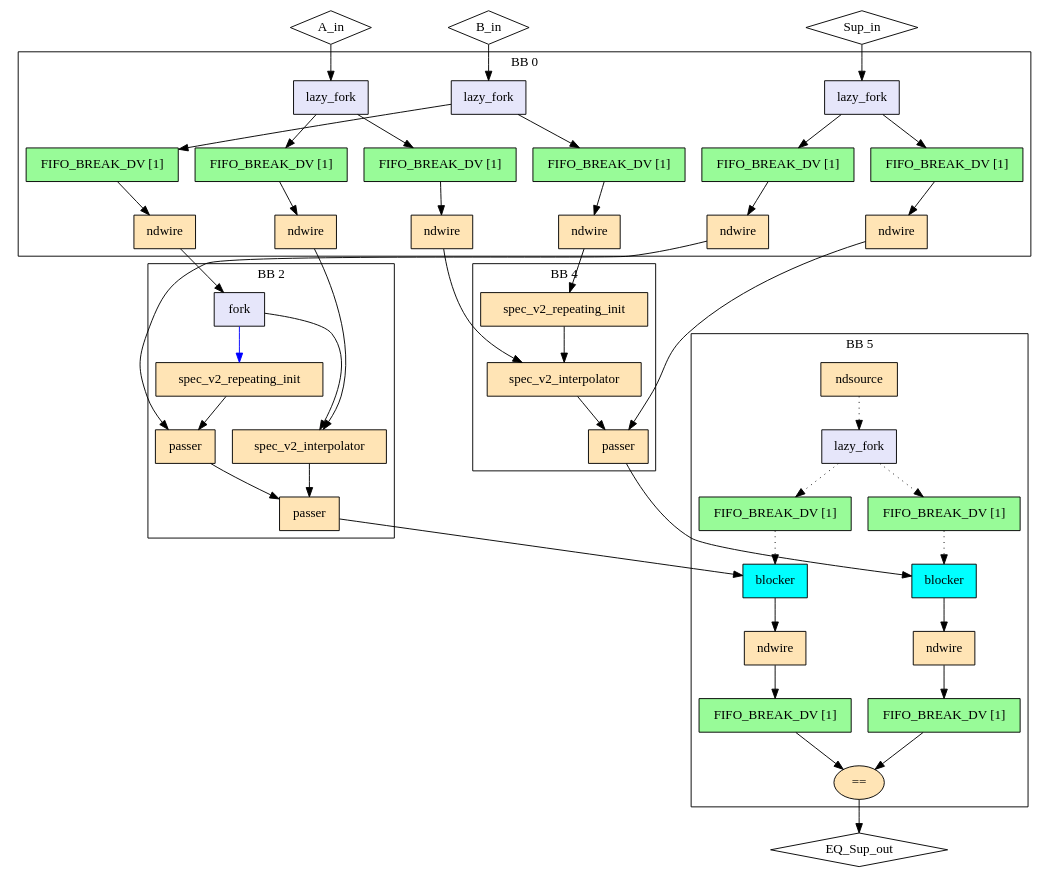
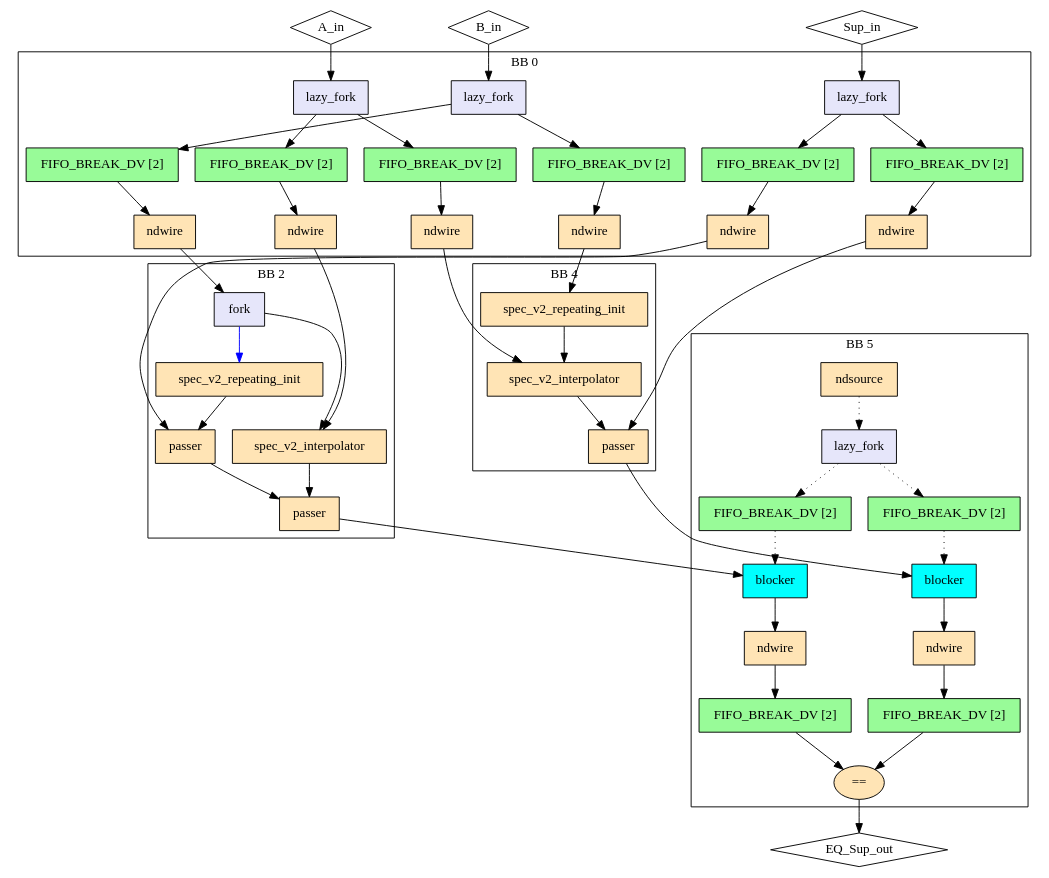
The diagram in experimental/tools/elastic-miter/out/interpolator_ind/miter/model.dot (EPFL-LAP/dynamatic), drawn with Graphviz before and after one commit. The commit also changed 454 other files, not shown here.

```diff
--- a/experimental/tools/elastic-miter/out/interpolator_ind/miter/model.dot
+++ b/experimental/tools/elastic-miter/out/interpolator_ind/miter/model.dot
@@ -14,24 +14,24 @@
   "rhs_in_ndw_B_in" -> "rhs_ri" ["dir"="both", "style"="solid", "arrowhead"="normal", "from_idx"="0", "to"="ins", "arrowtail"="none", "from"="outs", "to_idx"="0"]
   "lhs_in_ndw_Sup_in" -> "lhs_passer1" ["dir"="both", "style"="solid", "arrowhead"="normal", "from_idx"="0", "to"="data", "arrowtail"="none", "from"="outs", "to_idx"="0"]
   "rhs_in_ndw_Sup_in" -> "rhs_passer" ["dir"="both", "style"="solid", "arrowhead"="normal", "from_idx"="0", "to"="data", "arrowtail"="none", "from"="outs", "to_idx"="0"]
-  "lhs_passer2" -> "out_lhs_bl_Sup_out" ["dir"="both", "style"="solid", "arrowhead"="normal", "from_idx"="0", "to"="ins", "arrowtail"="none", "from"="result", "to_idx"="0"]
-  "rhs_passer" -> "out_rhs_bl_Sup_out" ["dir"="both", "style"="solid", "arrowhead"="normal", "from_idx"="0", "to"="ins", "arrowtail"="none", "from"="result", "to_idx"="0"]
   "out_eq_Sup_out" -> "EQ_Sup_out" ["dir"="both", "style"="solid", "arrowhead"="normal", "from_idx"="0", "to"="EQ_Sup_out", "arrowtail"="none", "from"="result", "to_idx"="0"]
+  "lhs_passer2" -> "lhs_out_bl_Sup_out" ["dir"="both", "style"="solid", "arrowhead"="normal", "from_idx"="0", "to"="ins", "arrowtail"="none", "from"="result", "to_idx"="0"]
+  "rhs_passer" -> "rhs_out_bl_Sup_out" ["dir"="both", "style"="solid", "arrowhead"="normal", "from_idx"="0", "to"="ins", "arrowtail"="none", "from"="result", "to_idx"="0"]
   subgraph cluster0 {
     graph ["label"="BB 0"]
     "in_fork_A_in" ["style"="filled", "fillcolor"="lavender", "shape"="box", "label"="lazy_fork", "mlir_op"="handshake.lazy_fork"]
-    "lhs_in_buf_A_in" ["style"="filled", "fillcolor"="palegreen", "shape"="box", "label"="FIFO_BREAK_DV [1]", "mlir_op"="handshake.buffer"]
-    "rhs_in_buf_A_in" ["style"="filled", "fillcolor"="palegreen", "shape"="box", "label"="FIFO_BREAK_DV [1]", "mlir_op"="handshake.buffer"]
+    "lhs_in_buf_A_in" ["style"="filled", "fillcolor"="palegreen", "shape"="box", "label"="FIFO_BREAK_DV [2]", "mlir_op"="handshake.buffer"]
+    "rhs_in_buf_A_in" ["style"="filled", "fillcolor"="palegreen", "shape"="box", "label"="FIFO_BREAK_DV [2]", "mlir_op"="handshake.buffer"]
     "lhs_in_ndw_A_in" ["style"="filled", "fillcolor"="moccasin", "shape"="box", "label"="ndwire", "mlir_op"="handshake.ndwire"]
     "rhs_in_ndw_A_in" ["style"="filled", "fillcolor"="moccasin", "shape"="box", "label"="ndwire", "mlir_op"="handshake.ndwire"]
     "in_fork_B_in" ["style"="filled", "fillcolor"="lavender", "shape"="box", "label"="lazy_fork", "mlir_op"="handshake.lazy_fork"]
-    "lhs_in_buf_B_in" ["style"="filled", "fillcolor"="palegreen", "shape"="box", "label"="FIFO_BREAK_DV [1]", "mlir_op"="handshake.buffer"]
-    "rhs_in_buf_B_in" ["style"="filled", "fillcolor"="palegreen", "shape"="box", "label"="FIFO_BREAK_DV [1]", "mlir_op"="handshake.buffer"]
+    "lhs_in_buf_B_in" ["style"="filled", "fillcolor"="palegreen", "shape"="box", "label"="FIFO_BREAK_DV [2]", "mlir_op"="handshake.buffer"]
+    "rhs_in_buf_B_in" ["style"="filled", "fillcolor"="palegreen", "shape"="box", "label"="FIFO_BREAK_DV [2]", "mlir_op"="handshake.buffer"]
     "lhs_in_ndw_B_in" ["style"="filled", "fillcolor"="moccasin", "shape"="box", "label"="ndwire", "mlir_op"="handshake.ndwire"]
     "rhs_in_ndw_B_in" ["style"="filled", "fillcolor"="moccasin", "shape"="box", "label"="ndwire", "mlir_op"="handshake.ndwire"]
     "in_fork_Sup_in" ["style"="filled", "fillcolor"="lavender", "shape"="box", "label"="lazy_fork", "mlir_op"="handshake.lazy_fork"]
-    "lhs_in_buf_Sup_in" ["style"="filled", "fillcolor"="palegreen", "shape"="box", "label"="FIFO_BREAK_DV [1]", "mlir_op"="handshake.buffer"]
-    "rhs_in_buf_Sup_in" ["style"="filled", "fillcolor"="palegreen", "shape"="box", "label"="FIFO_BREAK_DV [1]", "mlir_op"="handshake.buffer"]
+    "lhs_in_buf_Sup_in" ["style"="filled", "fillcolor"="palegreen", "shape"="box", "label"="FIFO_BREAK_DV [2]", "mlir_op"="handshake.buffer"]
+    "rhs_in_buf_Sup_in" ["style"="filled", "fillcolor"="palegreen", "shape"="box", "label"="FIFO_BREAK_DV [2]", "mlir_op"="handshake.buffer"]
     "lhs_in_ndw_Sup_in" ["style"="filled", "fillcolor"="moccasin", "shape"="box", "label"="ndwire", "mlir_op"="handshake.ndwire"]
     "rhs_in_ndw_Sup_in" ["style"="filled", "fillcolor"="moccasin", "shape"="box", "label"="ndwire", "mlir_op"="handshake.ndwire"]
     "in_fork_A_in" -> "lhs_in_buf_A_in" ["dir"="both", "style"="solid", "arrowhead"="normal", "from_idx"="0", "to"="ins", "arrowtail"="none", "from"="outs_0", "to_idx"="0"]
@@ -46,6 +46,31 @@
     "in_fork_Sup_in" -> "rhs_in_buf_Sup_in" ["dir"="both", "style"="solid", "arrowhead"="normal", "from_idx"="1", "to"="ins", "arrowtail"="none", "from"="outs_1", "to_idx"="0"]
     "lhs_in_buf_Sup_in" -> "lhs_in_ndw_Sup_in" ["dir"="both", "style"="solid", "arrowhead"="normal", "from_idx"="0", "to"="ins", "arrowtail"="none", "from"="outs", "to_idx"="0"]
     "rhs_in_buf_Sup_in" -> "rhs_in_ndw_Sup_in" ["dir"="both", "style"="solid", "arrowhead"="normal", "from_idx"="0", "to"="ins", "arrowtail"="none", "from"="outs", "to_idx"="0"]
+  }
+  subgraph cluster5 {
+    graph ["label"="BB 5"]
+    "out_nds_Sup_out" ["style"="filled", "fillcolor"="moccasin", "shape"="box", "label"="ndsource", "mlir_op"="handshake.ndsource"]
+    "out_lf_Sup_out" ["style"="filled", "fillcolor"="lavender", "shape"="box", "label"="lazy_fork", "mlir_op"="handshake.lazy_fork"]
+    "out_buf_lhs_nds_Sup_out" ["style"="filled", "fillcolor"="palegreen", "shape"="box", "label"="FIFO_BREAK_DV [2]", "mlir_op"="handshake.buffer"]
+    "out_buf_rhs_nds_Sup_out" ["style"="filled", "fillcolor"="palegreen", "shape"="box", "label"="FIFO_BREAK_DV [2]", "mlir_op"="handshake.buffer"]
+    "lhs_out_bl_Sup_out" ["style"="filled", "fillcolor"="cyan", "shape"="box", "label"="blocker", "mlir_op"="handshake.blocker"]
+    "rhs_out_bl_Sup_out" ["style"="filled", "fillcolor"="cyan", "shape"="box", "label"="blocker", "mlir_op"="handshake.blocker"]
+    "lhs_out_ndw_Sup_out" ["style"="filled", "fillcolor"="moccasin", "shape"="box", "label"="ndwire", "mlir_op"="handshake.ndwire"]
+    "rhs_out_ndw_Sup_out" ["style"="filled", "fillcolor"="moccasin", "shape"="box", "label"="ndwire", "mlir_op"="handshake.ndwire"]
+    "lhs_out_buf_Sup_out" ["style"="filled", "fillcolor"="palegreen", "shape"="box", "label"="FIFO_BREAK_DV [2]", "mlir_op"="handshake.buffer"]
+    "rhs_out_buf_Sup_out" ["style"="filled", "fillcolor"="palegreen", "shape"="box", "label"="FIFO_BREAK_DV [2]", "mlir_op"="handshake.buffer"]
+    "out_eq_Sup_out" ["style"="filled", "fillcolor"="moccasin", "shape"="oval", "label"="==", "mlir_op"="handshake.cmpi=="]
+    "out_nds_Sup_out" -> "out_lf_Sup_out" ["dir"="both", "style"="dotted", "arrowhead"="normal", "from_idx"="0", "to"="ins", "arrowtail"="none", "from"="result", "to_idx"="0"]
+    "out_lf_Sup_out" -> "out_buf_lhs_nds_Sup_out" ["dir"="both", "style"="dotted", "arrowhead"="normal", "from_idx"="0", "to"="ins", "arrowtail"="none", "from"="outs_0", "to_idx"="0"]
+    "out_lf_Sup_out" -> "out_buf_rhs_nds_Sup_out" ["dir"="both", "style"="dotted", "arrowhead"="normal", "from_idx"="1", "to"="ins", "arrowtail"="none", "from"="outs_1", "to_idx"="0"]
+    "out_buf_lhs_nds_Sup_out" -> "lhs_out_bl_Sup_out" ["dir"="both", "style"="dotted", "arrowhead"="normal", "from_idx"="0", "to"="ctrl", "arrowtail"="none", "from"="outs", "to_idx"="1"]
+    "out_buf_rhs_nds_Sup_out" -> "rhs_out_bl_Sup_out" ["dir"="both", "style"="dotted", "arrowhead"="normal", "from_idx"="0", "to"="ctrl", "arrowtail"="none", "from"="outs", "to_idx"="1"]
+    "lhs_out_bl_Sup_out" -> "lhs_out_ndw_Sup_out" ["dir"="both", "style"="solid", "arrowhead"="normal", "from_idx"="0", "to"="ins", "arrowtail"="none", "from"="outs", "to_idx"="0"]
+    "rhs_out_bl_Sup_out" -> "rhs_out_ndw_Sup_out" ["dir"="both", "style"="solid", "arrowhead"="normal", "from_idx"="0", "to"="ins", "arrowtail"="none", "from"="outs", "to_idx"="0"]
+    "lhs_out_ndw_Sup_out" -> "lhs_out_buf_Sup_out" ["dir"="both", "style"="solid", "arrowhead"="normal", "from_idx"="0", "to"="ins", "arrowtail"="none", "from"="outs", "to_idx"="0"]
+    "rhs_out_ndw_Sup_out" -> "rhs_out_buf_Sup_out" ["dir"="both", "style"="solid", "arrowhead"="normal", "from_idx"="0", "to"="ins", "arrowtail"="none", "from"="outs", "to_idx"="0"]
+    "lhs_out_buf_Sup_out" -> "out_eq_Sup_out" ["dir"="both", "style"="solid", "arrowhead"="normal", "from_idx"="0", "to"="lhs", "arrowtail"="none", "from"="outs", "to_idx"="0"]
+    "rhs_out_buf_Sup_out" -> "out_eq_Sup_out" ["dir"="both", "style"="solid", "arrowhead"="normal", "from_idx"="0", "to"="rhs", "arrowtail"="none", "from"="outs", "to_idx"="1"]
   }
   subgraph cluster2 {
     graph ["label"="BB 2"]
@@ -68,29 +93,4 @@
     "rhs_ri" -> "rhs_interpolate" ["dir"="both", "style"="solid", "arrowhead"="normal", "from_idx"="0", "to"="long", "arrowtail"="none", "from"="outs", "to_idx"="1"]
     "rhs_interpolate" -> "rhs_passer" ["dir"="both", "style"="solid", "arrowhead"="normal", "from_idx"="0", "to"="ctrl", "arrowtail"="none", "from"="result", "to_idx"="1"]
   }
-  subgraph cluster5 {
-    graph ["label"="BB 5"]
-    "out_nds_Sup_out" ["style"="filled", "fillcolor"="moccasin", "shape"="box", "label"="ndsource", "mlir_op"="handshake.ndsource"]
-    "out_lf_Sup_out" ["style"="filled", "fillcolor"="lavender", "shape"="box", "label"="lazy_fork", "mlir_op"="handshake.lazy_fork"]
-    "out_buf_lhs_nds_Sup_out" ["style"="filled", "fillcolor"="palegreen", "shape"="box", "label"="FIFO_BREAK_DV [1]", "mlir_op"="handshake.buffer"]
-    "out_buf_rhs_nds_Sup_out" ["style"="filled", "fillcolor"="palegreen", "shape"="box", "label"="FIFO_BREAK_DV [1]", "mlir_op"="handshake.buffer"]
-    "out_lhs_bl_Sup_out" ["style"="filled", "fillcolor"="cyan", "shape"="box", "label"="blocker", "mlir_op"="handshake.blocker"]
-    "out_rhs_bl_Sup_out" ["style"="filled", "fillcolor"="cyan", "shape"="box", "label"="blocker", "mlir_op"="handshake.blocker"]
-    "lhs_out_ndw_Sup_out" ["style"="filled", "fillcolor"="moccasin", "shape"="box", "label"="ndwire", "mlir_op"="handshake.ndwire"]
-    "rhs_out_ndw_Sup_out" ["style"="filled", "fillcolor"="moccasin", "shape"="box", "label"="ndwire", "mlir_op"="handshake.ndwire"]
-    "lhs_out_buf_Sup_out" ["style"="filled", "fillcolor"="palegreen", "shape"="box", "label"="FIFO_BREAK_DV [1]", "mlir_op"="handshake.buffer"]
-    "rhs_out_buf_Sup_out" ["style"="filled", "fillcolor"="palegreen", "shape"="box", "label"="FIFO_BREAK_DV [1]", "mlir_op"="handshake.buffer"]
-    "out_eq_Sup_out" ["style"="filled", "fillcolor"="moccasin", "shape"="oval", "label"="==", "mlir_op"="handshake.cmpi=="]
-    "out_nds_Sup_out" -> "out_lf_Sup_out" ["dir"="both", "style"="dotted", "arrowhead"="normal", "from_idx"="0", "to"="ins", "arrowtail"="none", "from"="result", "to_idx"="0"]
-    "out_lf_Sup_out" -> "out_buf_lhs_nds_Sup_out" ["dir"="both", "style"="dotted", "arrowhead"="normal", "from_idx"="0", "to"="ins", "arrowtail"="none", "from"="outs_0", "to_idx"="0"]
-    "out_lf_Sup_out" -> "out_buf_rhs_nds_Sup_out" ["dir"="both", "style"="dotted", "arrowhead"="normal", "from_idx"="1", "to"="ins", "arrowtail"="none", "from"="outs_1", "to_idx"="0"]
-    "out_buf_lhs_nds_Sup_out" -> "out_lhs_bl_Sup_out" ["dir"="both", "style"="dotted", "arrowhead"="normal", "from_idx"="0", "to"="ctrl", "arrowtail"="none", "from"="outs", "to_idx"="1"]
-    "out_buf_rhs_nds_Sup_out" -> "out_rhs_bl_Sup_out" ["dir"="both", "style"="dotted", "arrowhead"="normal", "from_idx"="0", "to"="ctrl", "arrowtail"="none", "from"="outs", "to_idx"="1"]
-    "out_lhs_bl_Sup_out" -> "lhs_out_ndw_Sup_out" ["dir"="both", "style"="solid", "arrowhead"="normal", "from_idx"="0", "to"="ins", "arrowtail"="none", "from"="outs", "to_idx"="0"]
-    "out_rhs_bl_Sup_out" -> "rhs_out_ndw_Sup_out" ["dir"="both", "style"="solid", "arrowhead"="normal", "from_idx"="0", "to"="ins", "arrowtail"="none", "from"="outs", "to_idx"="0"]
-    "lhs_out_ndw_Sup_out" -> "lhs_out_buf_Sup_out" ["dir"="both", "style"="solid", "arrowhead"="normal", "from_idx"="0", "to"="ins", "arrowtail"="none", "from"="outs", "to_idx"="0"]
-    "rhs_out_ndw_Sup_out" -> "rhs_out_buf_Sup_out" ["dir"="both", "style"="solid", "arrowhead"="normal", "from_idx"="0", "to"="ins", "arrowtail"="none", "from"="outs", "to_idx"="0"]
-    "lhs_out_buf_Sup_out" -> "out_eq_Sup_out" ["dir"="both", "style"="solid", "arrowhead"="normal", "from_idx"="0", "to"="lhs", "arrowtail"="none", "from"="outs", "to_idx"="0"]
-    "rhs_out_buf_Sup_out" -> "out_eq_Sup_out" ["dir"="both", "style"="solid", "arrowhead"="normal", "from_idx"="0", "to"="rhs", "arrowtail"="none", "from"="outs", "to_idx"="1"]
-  }
 }
```
